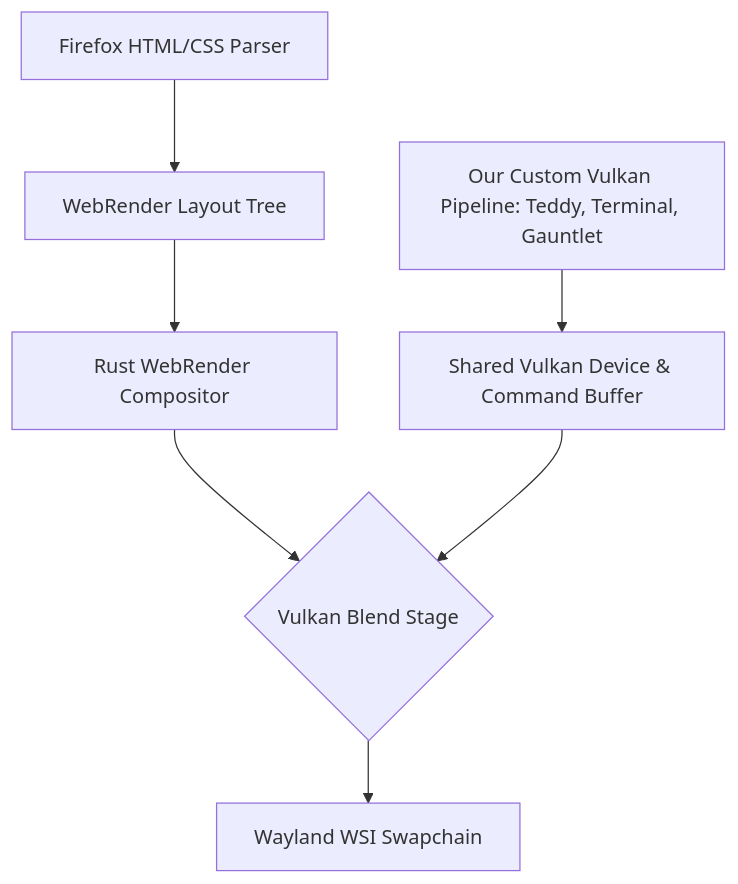
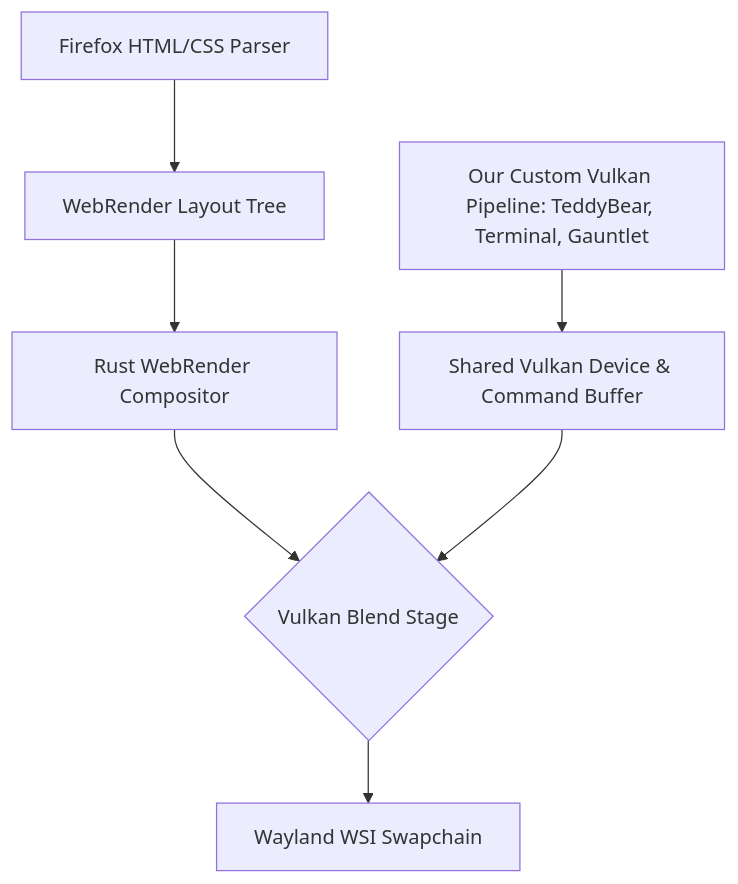
The diagram in lore/mozilla_integration_plan.md (busytoby/atropa_pulsechain), drawn with Mermaid before and after one commit. The commit also changed other lines of this file and 293 other files, not shown here.

````diff
--- a/lore/mozilla_integration_plan.md
+++ b/lore/mozilla_integration_plan.md
@@ -15,9 +15,9 @@
 ```mermaid
 graph TD
     A[Firefox HTML/CSS Parser] --> B[WebRender Layout Tree]
     B --> C[Rust WebRender Compositor]
-    D[Our Custom Vulkan Pipeline: Teddy, Terminal, Gauntlet] --> E[Shared Vulkan Device & Command Buffer]
+    D[Our Custom Vulkan Pipeline: TeddyBear, Terminal, Gauntlet] --> E[Shared Vulkan Device & Command Buffer]
     C --> F{Vulkan Blend Stage}
     E --> F
     F --> G[Wayland WSI Swapchain]
 ```
````
